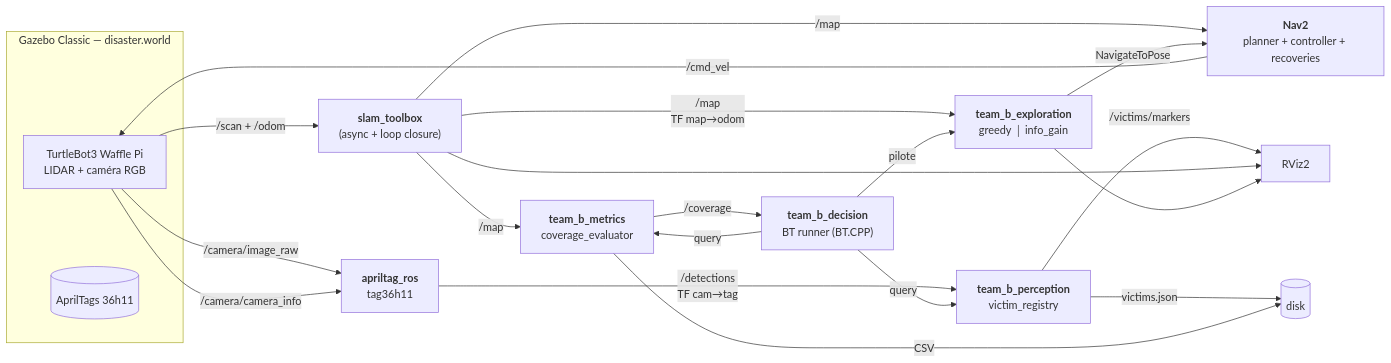
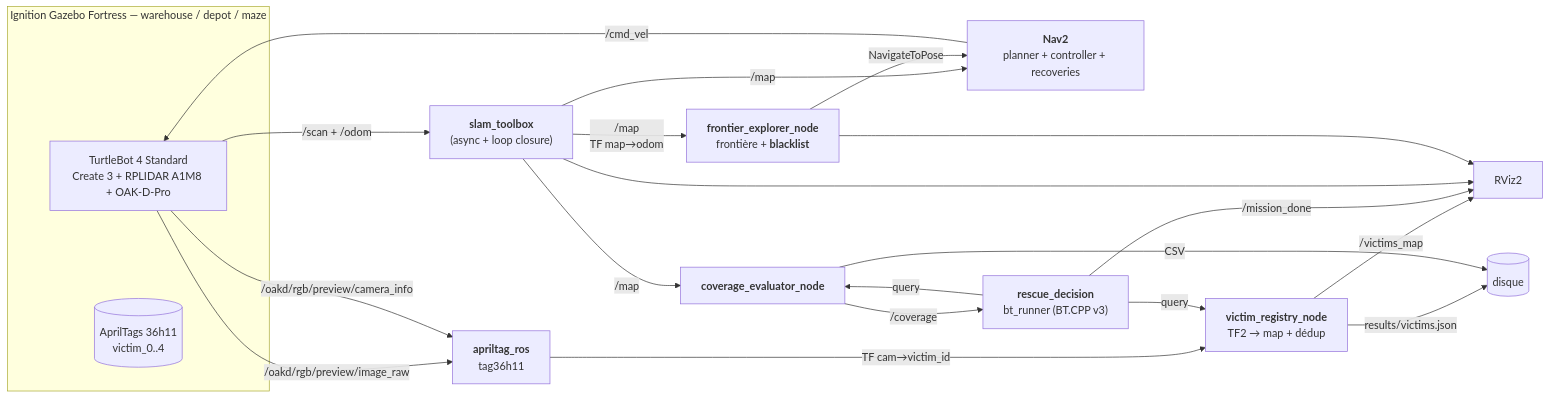
Before and after one commit to YiZeems/autonomous-search-and-rescue: the diagram in README.fr.md, drawn with Mermaid. The commit also changed other lines of this file and 20 other files, not shown here.

````diff
--- a/README.fr.md
+++ b/README.fr.md
@@ -80,34 +76,34 @@
 ```mermaid
 flowchart LR
-    subgraph SIM["Gazebo Classic — disaster.world"]
-        ROBOT[TurtleBot3 Waffle Pi<br/>LIDAR + caméra RGB]
-        TAGS[(AprilTags 36h11)]
+    subgraph SIM["Ignition Gazebo Fortress — warehouse / depot / maze"]
+        ROBOT[TurtleBot 4 Standard<br/>Create 3 + RPLIDAR A1M8 + OAK-D-Pro]
+        TAGS[(AprilTags 36h11<br/>victim_0..4)]
     end
 
     ROBOT -- /scan + /odom --> SLAM
-    ROBOT -- /camera/image_raw --> APRIL
-    ROBOT -- /camera/camera_info --> APRIL
+    ROBOT -- /oakd/rgb/preview/image_raw --> APRIL
+    ROBOT -- /oakd/rgb/preview/camera_info --> APRIL
 
     SLAM["<b>slam_toolbox</b><br/>(async + loop closure)"] -- /map<br/>TF map→odom --> EXPLORE
     SLAM -- /map --> METRIC
     SLAM -- /map --> NAV2
 
-    APRIL["<b>apriltag_ros</b><br/>tag36h11"] -- /detections<br/>TF cam→tag --> REG
+    APRIL["<b>apriltag_ros</b><br/>tag36h11"] -- TF cam→victim_id --> REG
 
-    EXPLORE["<b>team_b_exploration</b><br/>greedy │ info_gain"] -- NavigateToPose --> NAV2
-    REG["<b>team_b_perception</b><br/>victim_registry"] -- /victims/markers --> RVIZ
-    REG -- victims.json --> FS[(disk)]
+    EXPLORE["<b>frontier_explorer_node</b><br/>frontière + <b>blacklist</b>"] -- NavigateToPose --> NAV2
+    REG["<b>victim_registry_node</b><br/>TF2 → map + dédup"] -- /victims_map --> RVIZ
+    REG -- results/victims.json --> FS[(disque)]
 
-    BT["<b>team_b_decision</b><br/>BT runner (BT.CPP)"] -- pilote --> EXPLORE
+    BT["<b>rescue_decision</b><br/>bt_runner (BT.CPP v3)"] -- /mission_done --> RVIZ
     BT -- query --> REG
     BT -- query --> METRIC
 
     NAV2["<b>Nav2</b><br/>planner + controller + recoveries"] -- /cmd_vel --> ROBOT
 
-    METRIC["<b>team_b_metrics</b><br/>coverage_evaluator"] -- /coverage --> BT
+    METRIC["<b>coverage_evaluator_node</b>"] -- /coverage --> BT
     METRIC -- CSV --> FS
 
     RVIZ[RViz2]
     SLAM --> RVIZ
     EXPLORE --> RVIZ
 ```
````
